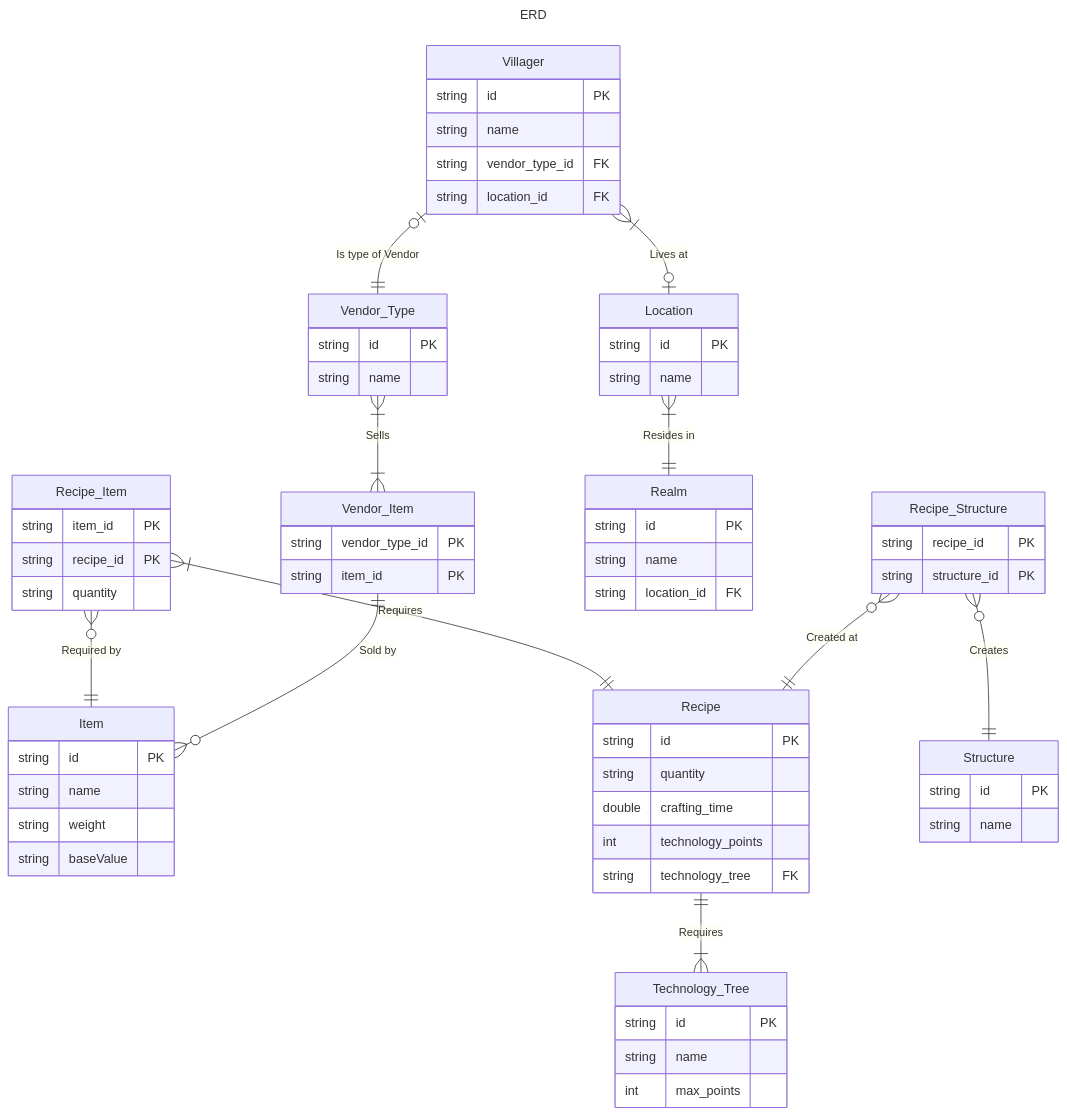
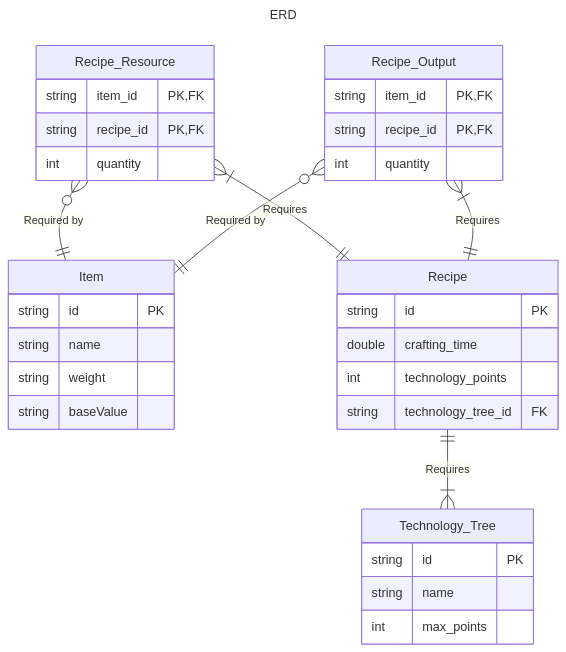
The diagram in docs/RESOURCES.md (NoNamer777/craftsmans-ledger), drawn with Mermaid before and after one commit.

Commit message:
Update Resources ERD

````diff
--- a/docs/RESOURCES.md
+++ b/docs/RESOURCES.md
@@ -9,11 +9,6 @@
 ---
 
 erDiagram
-    "Item"
-    "Recipe"
-    "Structure"
-    "Technology_Tree"
-    
     "Item" {
         string id           PK
         string name
@@ -27,67 +22,29 @@
         int max_points
     }
     
-    "Structure" {
-        string id       PK
-        string name
-    }
-    
     "Recipe" {
         string id               PK
-        string quantity
         double crafting_time
         int technology_points
 
-        string technology_tree  FK
+        string technology_tree_id  FK
     }
     
-    "Recipe_Structure" {
-        string recipe_id        PK
-        string structure_id     PK
+    "Recipe_Resource" {
+        string item_id      PK,FK
+        string recipe_id    PK,FK
+        int quantity
     }
     
-    "Recipe_Item" {
-        string item_id      PK
-        string recipe_id    PK
-        string quantity
+    "Recipe_Output" {
+        string item_id      PK,FK
+        string recipe_id    PK,FK
+        int quantity
     }
     
-    "Realm" {
-        string id           PK
-        string name
-        string location_id  FK
-    }
-    
-    "Location" {
-        string id   PK
-        string name
-    }
-    
-    "Villager" {
-        string id               PK
-        string name
-        string vendor_type_id   FK
-        string location_id      FK
-    }
-    
-    "Vendor_Type" {
-        string id   PK
-        string name
-    }
-    
-    "Vendor_Item" {
-        string vendor_type_id   PK
-        string item_id          PK
-    }
-
-    "Recipe_Item" o{--|| "Item" : "Required by"
-    "Recipe_Item" |{--|| "Recipe" : Requires
-    "Recipe_Structure" o{--|| "Structure" : "Creates"
-    "Recipe_Structure" o{--|| "Recipe" : "Created at"
-    "Recipe" ||--|{ "Technology_Tree" : Requires
-    "Location" |{--|| "Realm" : "Resides in"
-    "Villager" |{--o| "Location" : "Lives at"
-    "Villager" o|--|| "Vendor_Type" : "Is type of Vendor"
-    "Vendor_Type" |{--|{ "Vendor_Item" : "Sells"
-    "Vendor_Item" ||--o{ "Item" : "Sold by"
+    "Recipe_Resource" o{--|| "Item" : "Required by"
+    "Recipe_Resource" |{--|| "Recipe" : "Requires"
+    "Recipe_Output" o{--|| "Item" : "Required by"
+    "Recipe_Output" |{--|| "Recipe" : "Requires"
+    "Recipe" ||--|{ "Technology_Tree" : "Requires"
 ```
````
